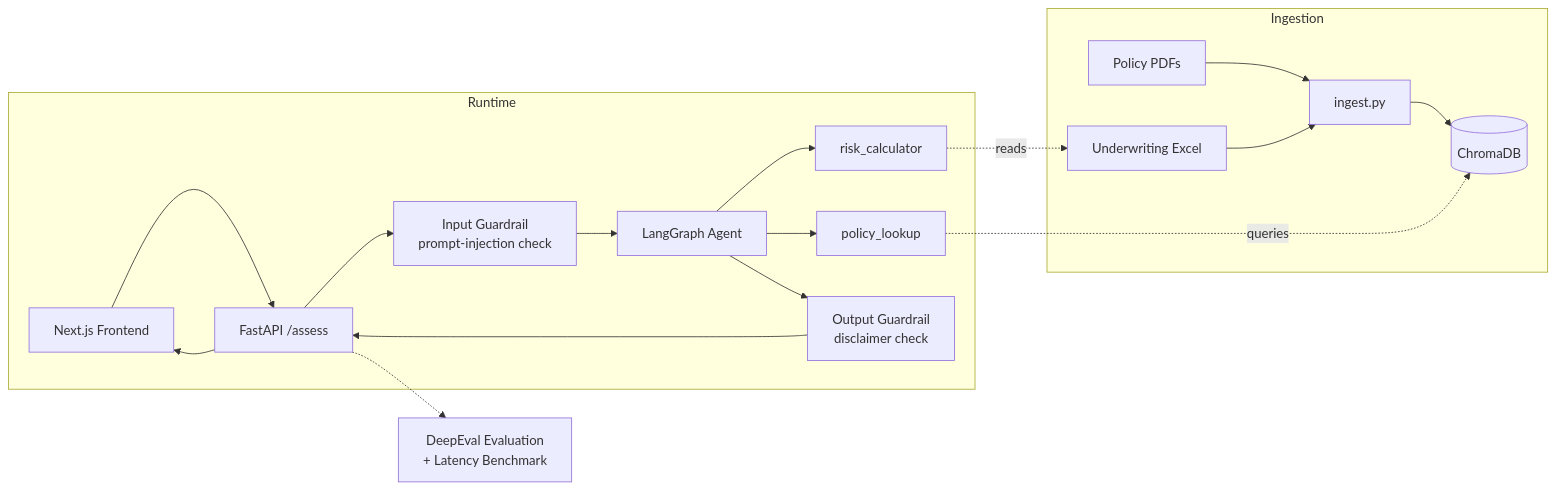
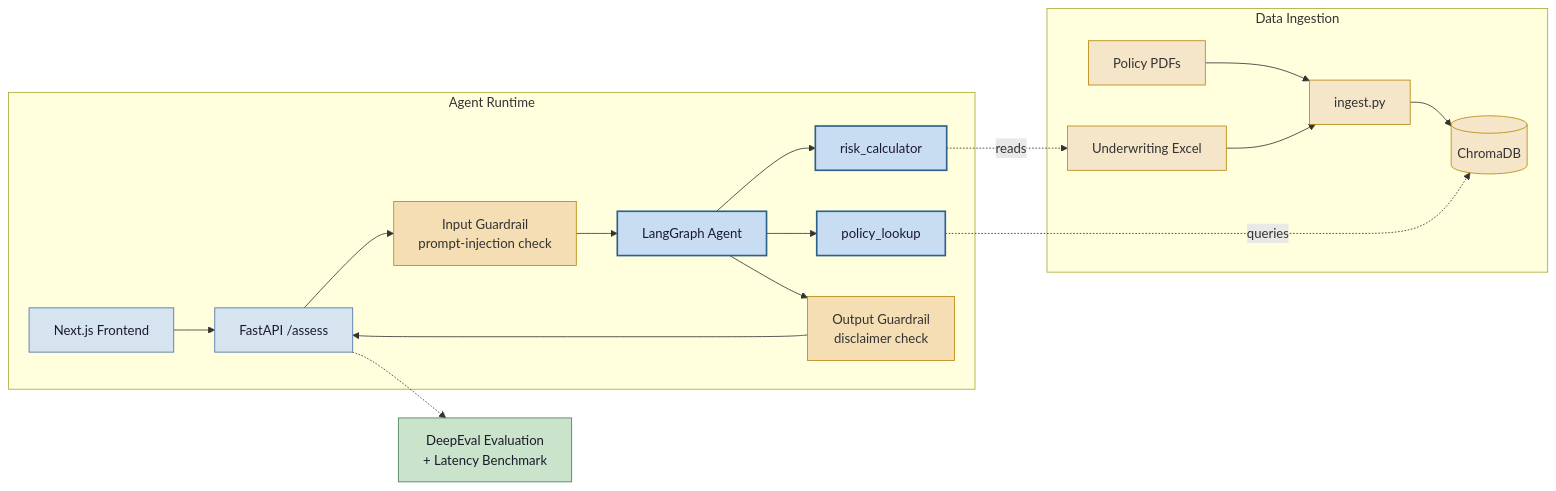
Before and after one commit to thitiwutsuk/RAG-Underwriting-Risk-Agent: the diagram in README.md, drawn with Mermaid. The commit also changed other lines of this file, not shown here.

Commit message:
Redesign architecture flowchart with color-coded groups

````diff
--- a/README.md
+++ b/README.md
@@ -63,23 +63,37 @@
 ```mermaid
 flowchart LR
-    subgraph Ingestion
-        PDF[Policy PDFs] --> Ingest[ingest.py]
-        XLS[Underwriting Excel] --> Ingest
-        Ingest --> Chroma[(ChromaDB)]
+    classDef data fill:#F5E6CA,stroke:#B8860B,color:#333,stroke-width:1px
+    classDef io fill:#D6E4F0,stroke:#4A6FA5,color:#1a1a2e,stroke-width:1px
+    classDef pipeline fill:#C9DDF2,stroke:#2C5F8A,color:#1a1a2e,stroke-width:2px
+    classDef guard fill:#F5DEB3,stroke:#B8860B,color:#333,stroke-width:1px
+    classDef output fill:#C9E4CA,stroke:#4A7C59,color:#1a1a2e,stroke-width:1px
+
+    subgraph Ingestion["Data Ingestion"]
+        PDF[Policy PDFs]:::data
+        XLS[Underwriting Excel]:::data
+        Ingest[ingest.py]:::data
+        Chroma[(ChromaDB)]:::data
+        PDF --> Ingest
+        XLS --> Ingest
+        Ingest --> Chroma
     end
 
-    subgraph Runtime
-        UI[Next.js Frontend] --> API[FastAPI /assess]
-        API --> InGuard[Input Guardrail<br/>prompt-injection check]
-        InGuard --> Agent[LangGraph Agent]
-        Agent --> RiskCalc[risk_calculator]
-        Agent --> Lookup[policy_lookup]
-        RiskCalc -.reads.-> XLS
-        Lookup -.queries.-> Chroma
-        Agent --> OutGuard[Output Guardrail<br/>disclaimer check]
-        OutGuard --> API
-        API --> UI
+    subgraph Runtime["Agent Runtime"]
+        UI[Next.js Frontend]:::io
+        API[FastAPI /assess]:::io
+        InGuard[Input Guardrail<br/>prompt-injection check]:::guard
+        Agent[LangGraph Agent]:::pipeline
+        RiskCalc[risk_calculator]:::pipeline
+        Lookup[policy_lookup]:::pipeline
+        OutGuard[Output Guardrail<br/>disclaimer check]:::guard
+
+        UI --> API --> InGuard --> Agent
+        Agent --> RiskCalc
+        Agent --> Lookup
+        Agent --> OutGuard --> API
     end
 
-    API -.-> Eval[DeepEval Evaluation<br/>+ Latency Benchmark]
+    RiskCalc -.reads.-> XLS
+    Lookup -.queries.-> Chroma
+    API -.-> Eval[DeepEval Evaluation<br/>+ Latency Benchmark]:::output
 ```
````
